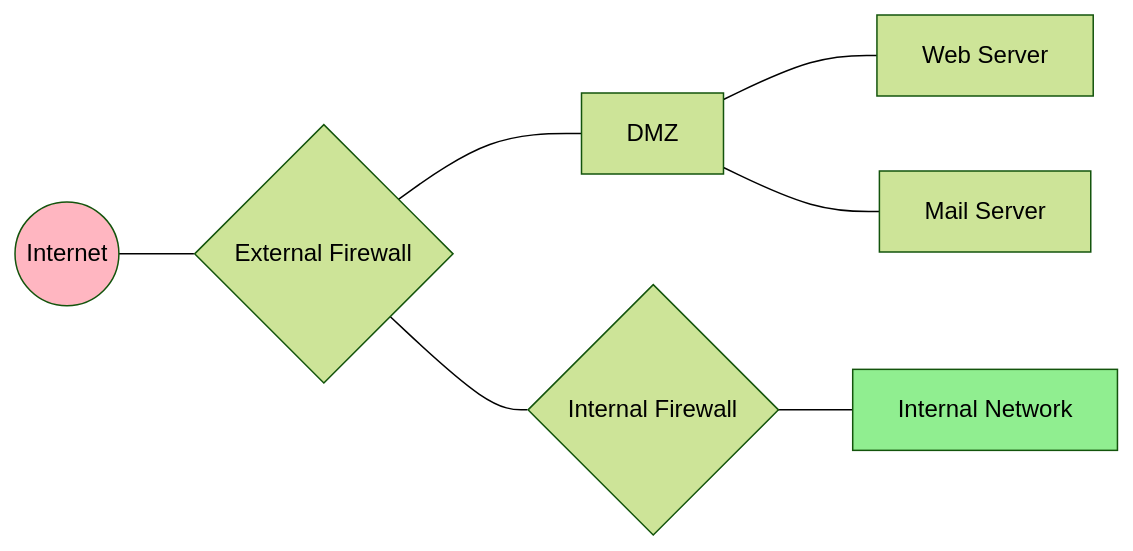
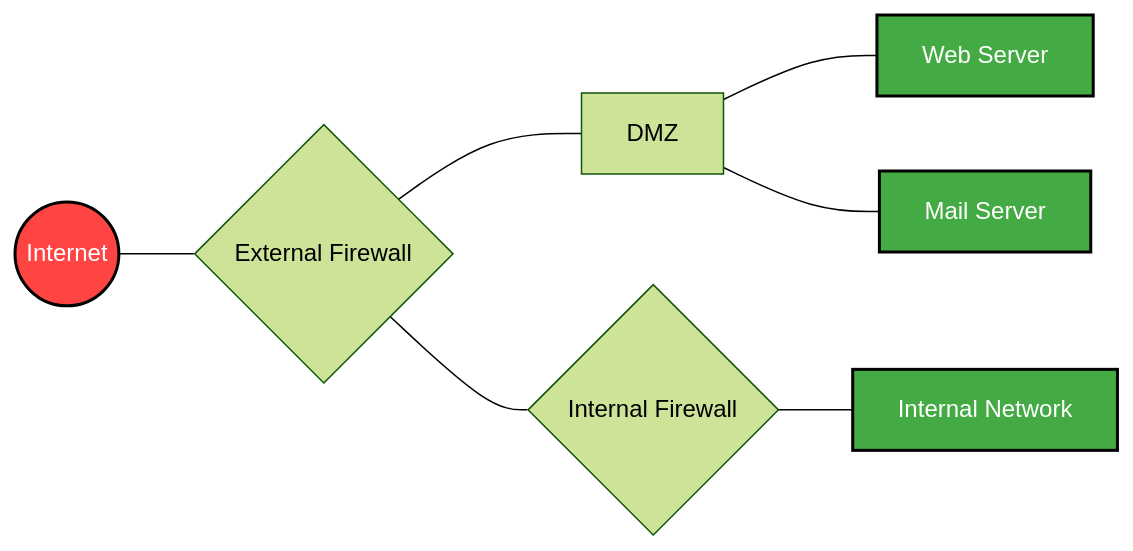
The fourth of 6 diagrams in tps/tp1.md (ulysses-ck/grupo-redes-ifts-2025), drawn with Mermaid (forest theme) before and after one commit. The commit also changed other lines of this file, not shown here.

Commit message:
style: update diagram colors and formatting for consistency

````diff
--- a/tps/tp1.md
+++ b/tps/tp1.md
@@ -329,22 +329,22 @@
 ```mermaid
 graph LR
     Internet((Internet))
     Firewall1{External Firewall}
     Firewall2{Internal Firewall}
     DMZ[DMZ]
     Internal[Internal Network]
     WebServer[Web Server]
     MailServer[Mail Server]
 
     Internet --- Firewall1
     Firewall1 --- DMZ
     DMZ --- WebServer
     DMZ --- MailServer
     Firewall1 --- Firewall2
     Firewall2 --- Internal
 
-    classDef secure fill:#90EE90
-    classDef danger fill:#FFB6C1
+    classDef secure fill:#44AA44,stroke:#000000,stroke-width:2px,color:#FFFFFF
+    classDef danger fill:#FF4444,stroke:#000000,stroke-width:2px,color:#FFFFFF
     class Internet danger
-    class Internal,Server1,Server2 secure
+    class Internal,WebServer,MailServer secure
 ```
````
